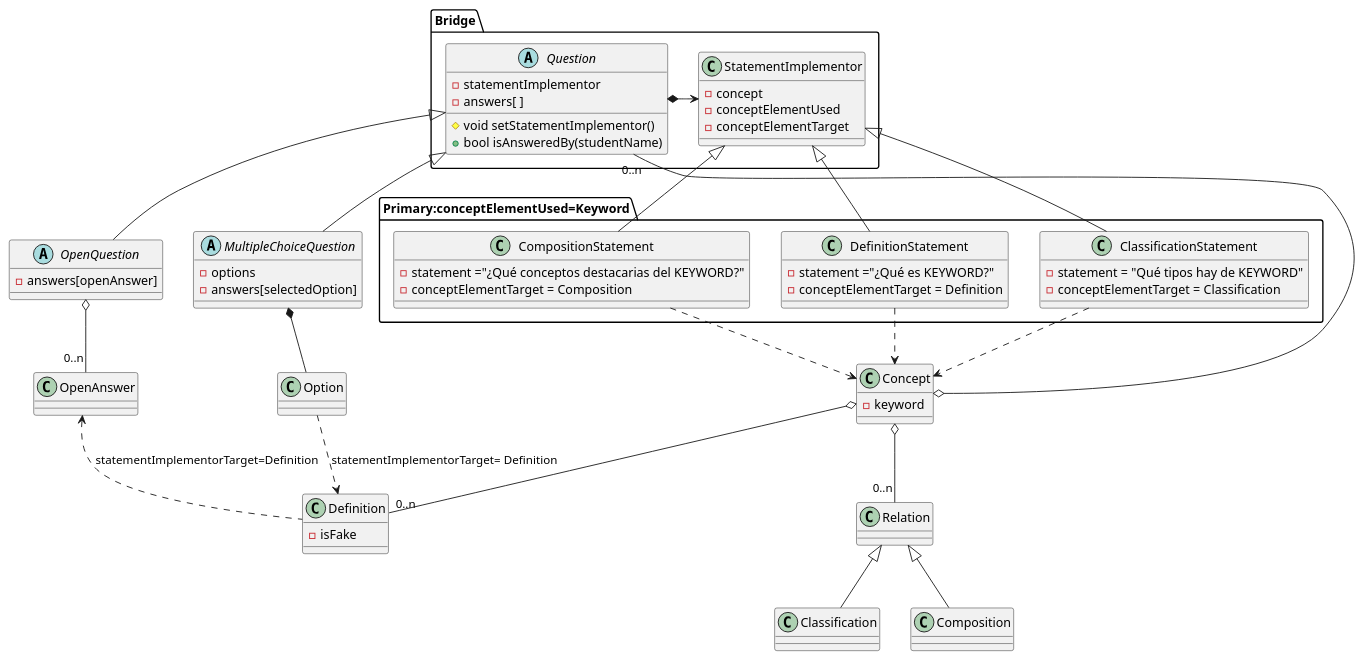
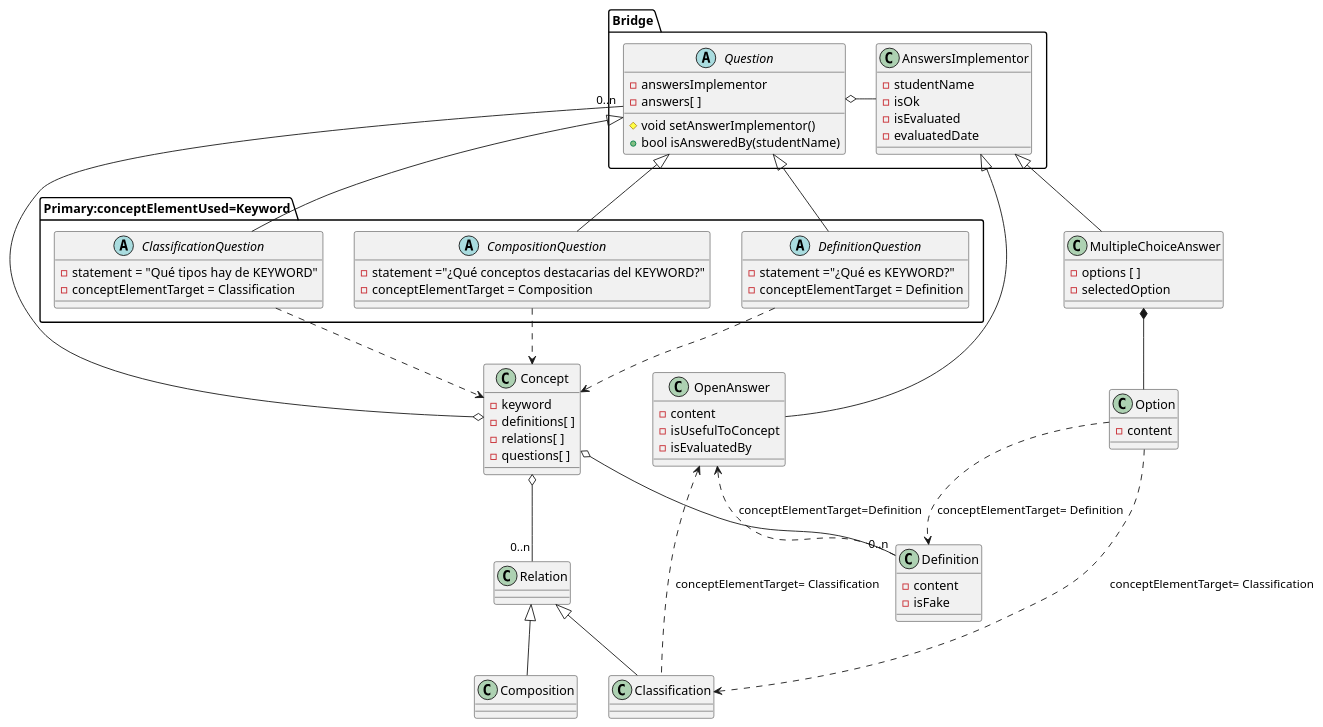
The diagram in doc/dominio_detail_concept.puml (Joselon/ProyectoOpoTest), drawn with PlantUML before and after one commit. The commit also changed other lines of this file and 2 other files, not shown here.

Commit message:
Bridge - 2propuestas

```diff
--- a/doc/dominio_detail_concept.puml
+++ b/doc/dominio_detail_concept.puml
@@ -1,88 +1,99 @@
-@startuml ConceptDomainDetailBridge
+@startuml ConceptDomainDetailBridge2
 
 class Concept {
     - keyword
+    - definitions[ ]
+    - relations[ ]
+    - questions[ ]
 }
 
 class Definition {
+    - content
     - isFake
 }
 
 class Relation
 
 class Classification
 
 class Composition
 
 package Primary:conceptElementUsed=Keyword {
-    class DefinitionStatement {
+    abstract class DefinitionQuestion {
         - statement ="¿Qué es KEYWORD?"
         - conceptElementTarget = Definition
     }
 
-    class ClassificationStatement {
+    abstract  class ClassificationQuestion {
         - statement = "Qué tipos hay de KEYWORD"
         - conceptElementTarget = Classification
     }
 
-    class CompositionStatement {
+    abstract class CompositionQuestion {
         - statement ="¿Qué conceptos destacarias del KEYWORD?"
         - conceptElementTarget = Composition
     }
 }
 
-abstract class OpenQuestion {
-    -answers[openAnswer]
+class OpenAnswer {
+    - content
+    - isUsefulToConcept
+    - isEvaluatedBy
 }
 
-abstract class MultipleChoiceQuestion {
-    - options
-    - answers[selectedOption]
+class MultipleChoiceAnswer {
+    - options [ ]
+    - selectedOption
+}
+
+class Option {
+    -content
 }
 
 package Bridge {
     abstract class Question {
-        - statementImplementor
+        - answersImplementor
         - answers[ ]
-        # void setStatementImplementor()
+        # void setAnswerImplementor()
         + bool isAnsweredBy(studentName)
     }
 
-    class StatementImplementor {
-        - concept
-        - conceptElementUsed
-        - conceptElementTarget
+    class AnswersImplementor {
+        - studentName
+        - isOk
+        - isEvaluated
+        - evaluatedDate
     }
-
 }
 
-Question *-> StatementImplementor
-Question <|-- OpenQuestion
-Question <|-- MultipleChoiceQuestion
+Question o- AnswersImplementor
+AnswersImplementor <|-- OpenAnswer
+AnswersImplementor <|-- MultipleChoiceAnswer
 
-OpenQuestion o--"0..n" OpenAnswer
-MultipleChoiceQuestion *-- Option
 
-DefinitionStatement ..> Concept
-ClassificationStatement ..> Concept
-CompositionStatement ..> Concept
+MultipleChoiceAnswer *-- Option
+
+DefinitionQuestion ..> Concept
+ClassificationQuestion ..> Concept
+CompositionQuestion ..> Concept
 
 Concept o-- "0..n" Question
 Concept o--"0..n" Definition
 
 Concept o-- "0..n" Relation
 Relation <|-- Classification
 Relation <|-- Composition
 
 
-StatementImplementor <|-- DefinitionStatement
-OpenAnswer <.. Definition:statementImplementorTarget=Definition
-Option ..> Definition :statementImplementorTarget= Definition
-StatementImplementor <|-- ClassificationStatement
-'OpenClassificationQuestion <.. Classification :answers
+Question <|-- DefinitionQuestion
+OpenAnswer <.. Definition:conceptElementTarget=Definition
+Option ..> Definition :conceptElementTarget= Definition
+Question <|-- ClassificationQuestion
+OpenAnswer <.. Classification :conceptElementTarget= Classification
+Option ..> Classification :conceptElementTarget= Classification
 
-StatementImplementor <|-- CompositionStatement
-'OpenCompositionQuestion <.. Composition :answers
-
+Question <|-- CompositionQuestion
+'OpenAnswer <.. Composition :conceptElementTarget= Composition
+'Option ..> Composition:conceptElementTarget= Composition 
 
 @enduml
```
